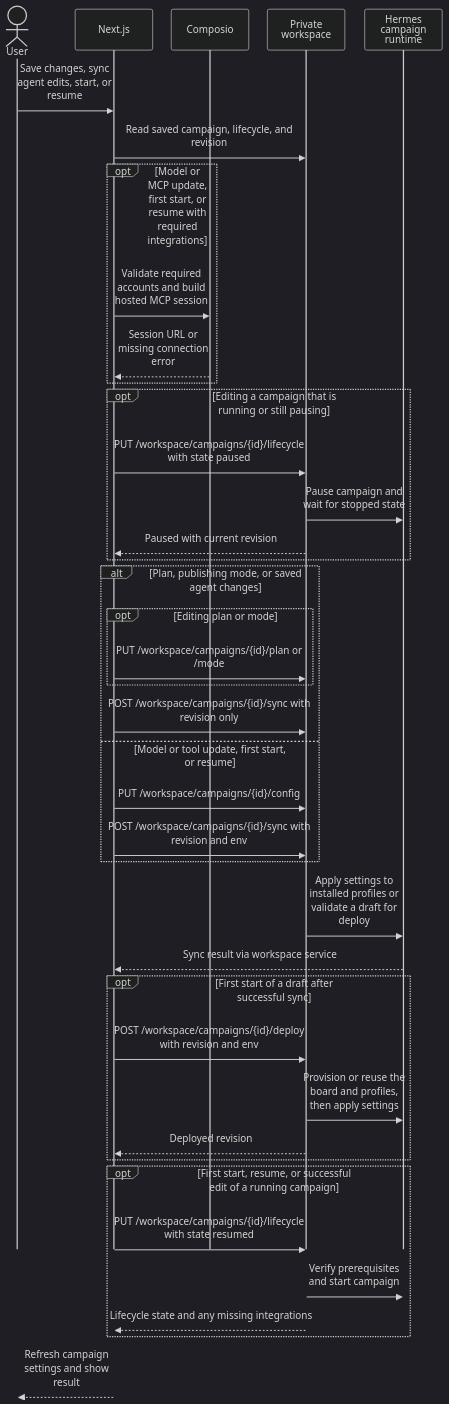
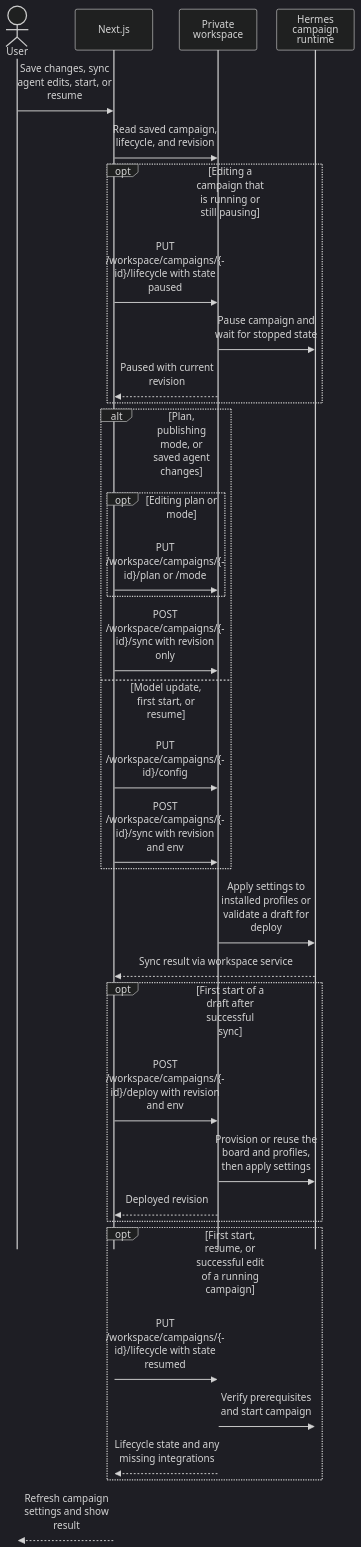
Before and after one commit to openmarketing-agency/openmarketing.agency: the fifth of 6 diagrams in docs/architecture.md, drawn with Mermaid (dark theme). The commit also changed other lines of this file and 48 other files, not shown here.

First line of the commit message:
feat(console): move Composio to the default agent's MCP config

````diff
--- a/docs/architecture.md
+++ b/docs/architecture.md
@@ -243,51 +202,46 @@
 ```mermaid
 ---
 config:
   sequence:
     actorMargin: 30
     width: 125
     diagramMarginX: 12
     wrap: true
     mirrorActors: false
 ---
 sequenceDiagram
     actor User
     participant Next as Next.js
-    participant C as Composio
     participant WS as Private workspace
     participant H as Hermes campaign runtime
 
     User->>Next: Save changes, sync agent edits, start, or resume
     Next->>WS: Read saved campaign, lifecycle, and revision
-    opt Model or MCP update, first start, or resume with required integrations
-        Next->>C: Validate required accounts and build hosted MCP session
-        C-->>Next: Session URL or missing connection error
-    end
     opt Editing a campaign that is running or still pausing
         Next->>WS: PUT /workspace/campaigns/{id}/lifecycle with state paused
         WS->>H: Pause campaign and wait for stopped state
         WS-->>Next: Paused with current revision
     end
     alt Plan, publishing mode, or saved agent changes
         opt Editing plan or mode
             Next->>WS: PUT /workspace/campaigns/{id}/plan or /mode
         end
         Next->>WS: POST /workspace/campaigns/{id}/sync with revision only
-    else Model or tool update, first start, or resume
+    else Model update, first start, or resume
         Next->>WS: PUT /workspace/campaigns/{id}/config
         Next->>WS: POST /workspace/campaigns/{id}/sync with revision and env
     end
     WS->>H: Apply settings to installed profiles or validate a draft for deploy
     H-->>Next: Sync result via workspace service
     opt First start of a draft after successful sync
         Next->>WS: POST /workspace/campaigns/{id}/deploy with revision and env
         WS->>H: Provision or reuse the board and profiles, then apply settings
         WS-->>Next: Deployed revision
     end
     opt First start, resume, or successful edit of a running campaign
         Next->>WS: PUT /workspace/campaigns/{id}/lifecycle with state resumed
         WS->>H: Verify prerequisites and start campaign
         WS-->>Next: Lifecycle state and any missing integrations
     end
     Next-->>User: Refresh campaign settings and show result
 ```
````
